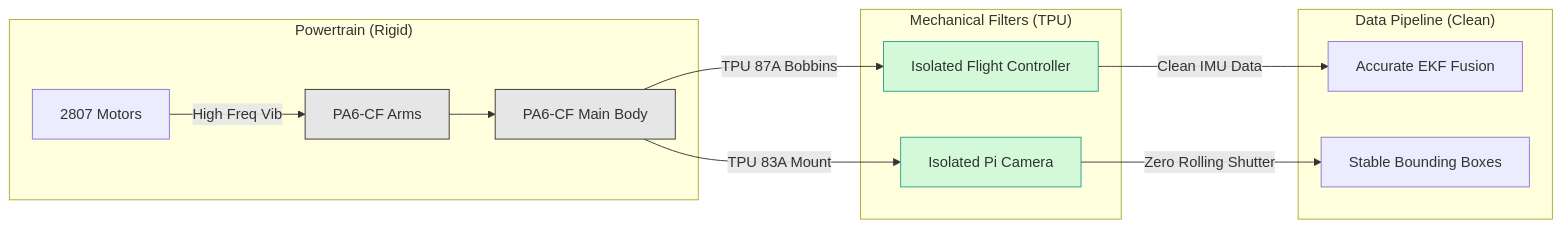
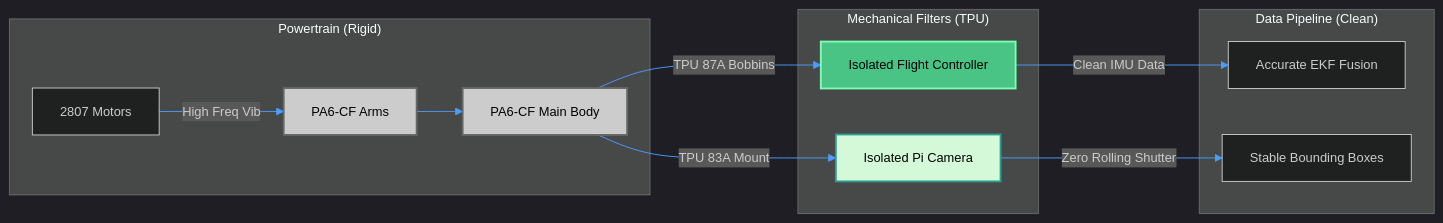
The third of 3 diagrams in hardware_cad/structural_analysis.md (ironLegion88/Autonomous-UAV), drawn with Mermaid before and after one commit. The commit also changed other lines of this file and 8 other files, not shown here.

````diff
--- a/hardware_cad/structural_analysis.md
+++ b/hardware_cad/structural_analysis.md
@@ -89,22 +91,24 @@
 ```mermaid
+%%{init: {'theme': 'dark', 'themeVariables': {'fontSize': '14px', 'primaryColor': '#1e1e1e', 'primaryTextColor': '#ffffff', 'primaryBorderColor': '#4a9eff', 'lineColor': '#4a9eff'}, 'flowchart': {'useMaxWidth': true}}}%%
 flowchart LR
     subgraph PT["Powertrain (Rigid)"]
         M[2807 Motors] -->|High Freq Vib| ARM[PA6-CF Arms]
         ARM --> FRAME[PA6-CF Main Body]
     end
 
     subgraph MF["Mechanical Filters (TPU)"]
         FRAME -->|TPU 87A Bobbins| ISO_FC[Isolated Flight Controller]
         FRAME -->|TPU 83A Mount| ISO_CAM[Isolated Pi Camera]
     end
     
     subgraph DP["Data Pipeline (Clean)"]
         ISO_FC -->|Clean IMU Data| EKF[Accurate EKF Fusion]
         ISO_CAM -->|Zero Rolling Shutter| CV[Stable Bounding Boxes]
     end
     
-    style ARM fill:#e6e6e6,stroke:#333
-    style FRAME fill:#e6e6e6,stroke:#333
-    style ISO_FC fill:#d4f9d8,stroke:#2a9d8f
+    style ARM fill:#cccccc,stroke:#666666,stroke-width:2px,color:#000000
+    style FRAME fill:#cccccc,stroke:#666666,stroke-width:2px,color:#000000
+    style ISO_FC fill:#4ac485,stroke:#7cffb3,stroke-width:2px,color:#000000
+    style ISO_CAM fill:#4ac485,stroke:#7cffb3,stroke-width:2px,color:#000000
     style ISO_CAM fill:#d4f9d8,stroke:#2a9d8f
 ```
````
